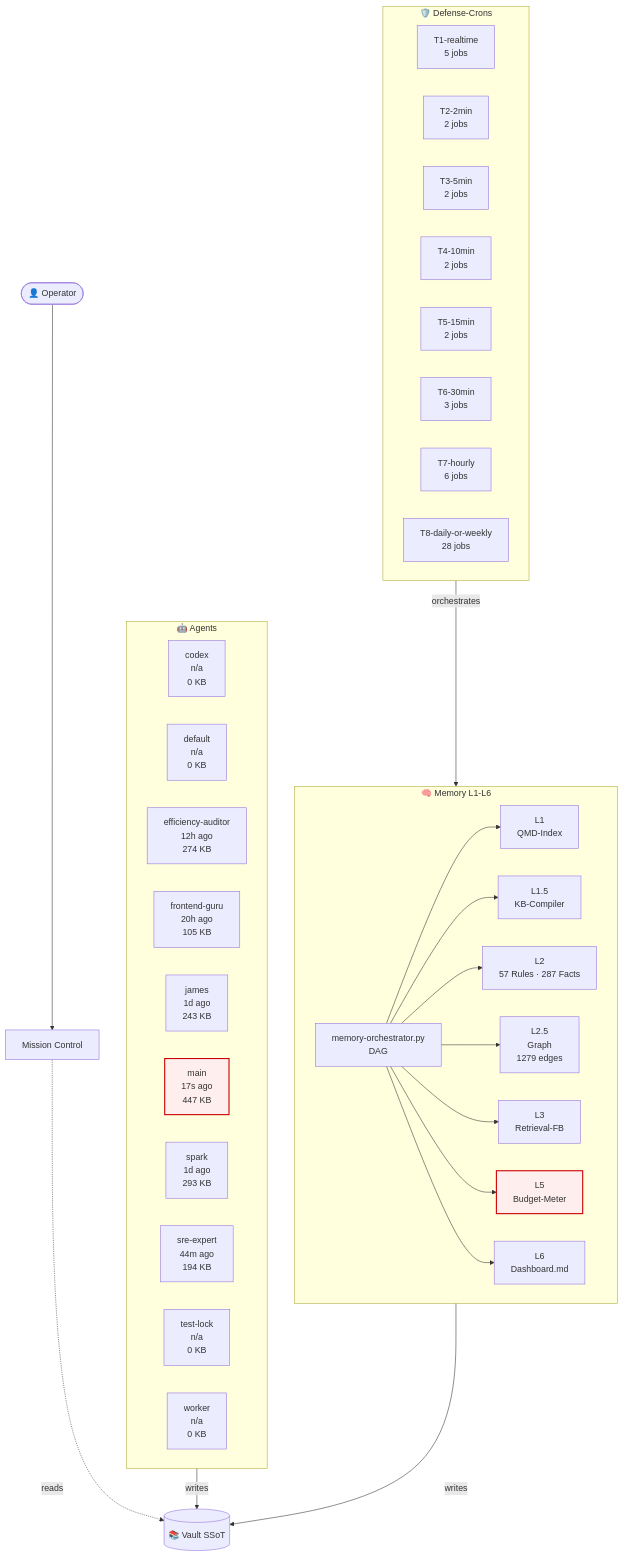
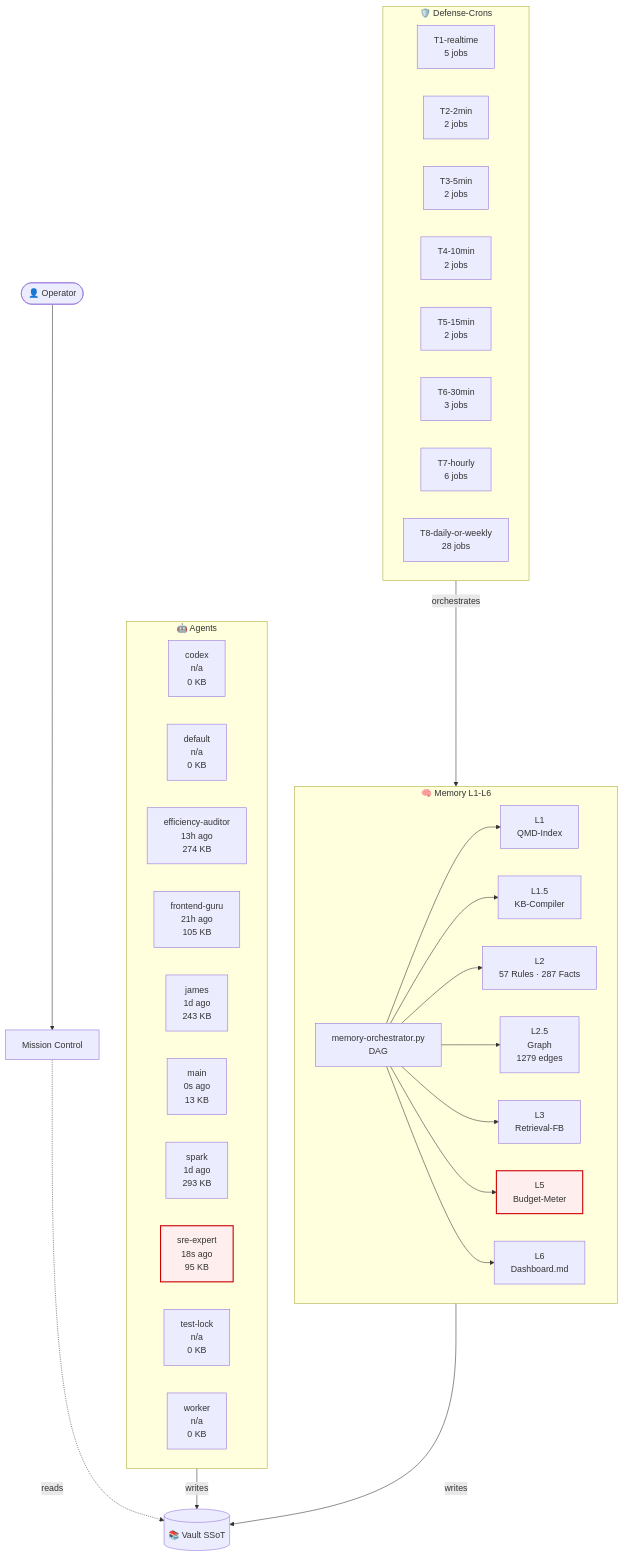
Before and after one commit to lenardhuebner88-rgb/openclaw-memory: the diagram in 03-Agents/architecture-live.md, drawn with Mermaid. The commit also changed other lines of this file and 20 other files, not shown here.

````diff
--- a/03-Agents/architecture-live.md
+++ b/03-Agents/architecture-live.md
@@ -18,53 +18,53 @@
 ```mermaid
 flowchart TB
     classDef critical fill:#fee,stroke:#c00,stroke-width:2px;
     subgraph AGT["🤖 Agents"]
         agent_codex["codex<br/>n/a<br/>0 KB"]
         agent_default["default<br/>n/a<br/>0 KB"]
-        agent_efficiency_auditor["efficiency-auditor<br/>12h ago<br/>274 KB"]
-        agent_frontend_guru["frontend-guru<br/>20h ago<br/>105 KB"]
+        agent_efficiency_auditor["efficiency-auditor<br/>13h ago<br/>274 KB"]
+        agent_frontend_guru["frontend-guru<br/>21h ago<br/>105 KB"]
         agent_james["james<br/>1d ago<br/>243 KB"]
-        agent_main["main<br/>17s ago<br/>447 KB"]
+        agent_main["main<br/>0s ago<br/>13 KB"]
         agent_spark["spark<br/>1d ago<br/>293 KB"]
-        agent_sre_expert["sre-expert<br/>44m ago<br/>194 KB"]
+        agent_sre_expert["sre-expert<br/>18s ago<br/>95 KB"]
         agent_test_lock["test-lock<br/>n/a<br/>0 KB"]
         agent_worker["worker<br/>n/a<br/>0 KB"]
     end
     subgraph MEM["🧠 Memory L1-L6"]
         L1["L1<br/>QMD-Index"]
         L15["L1.5<br/>KB-Compiler"]
         L2["L2<br/>57 Rules · 287 Facts"]
         L25["L2.5<br/>Graph<br/>1279 edges"]
         L3["L3<br/>Retrieval-FB"]
         L5["L5<br/>Budget-Meter"]
         L6["L6<br/>Dashboard.md"]
         ORCH["memory-orchestrator.py<br/>DAG"]
     end
     subgraph CRN["🛡️ Defense-Crons"]
         tier_T1_realtime["T1-realtime<br/>5 jobs"]
         tier_T2_2min["T2-2min<br/>2 jobs"]
         tier_T3_5min["T3-5min<br/>2 jobs"]
         tier_T4_10min["T4-10min<br/>2 jobs"]
         tier_T5_15min["T5-15min<br/>2 jobs"]
         tier_T6_30min["T6-30min<br/>3 jobs"]
         tier_T7_hourly["T7-hourly<br/>6 jobs"]
         tier_T8_daily_or_weekly["T8-daily-or-weekly<br/>28 jobs"]
     end
     VAULT[("📚 Vault SSoT")]
     OP([👤 Operator])
     MC["Mission Control"]
     OP --> MC
     MC -.reads.-> VAULT
     AGT -->|writes| VAULT
     MEM -->|writes| VAULT
     ORCH --> L1
     ORCH --> L15
     ORCH --> L2
     ORCH --> L25
     ORCH --> L3
     ORCH --> L5
     ORCH --> L6
     CRN -->|orchestrates| MEM
     class L5 critical
-    class agent_main critical
+    class agent_sre_expert critical
 ```
````
